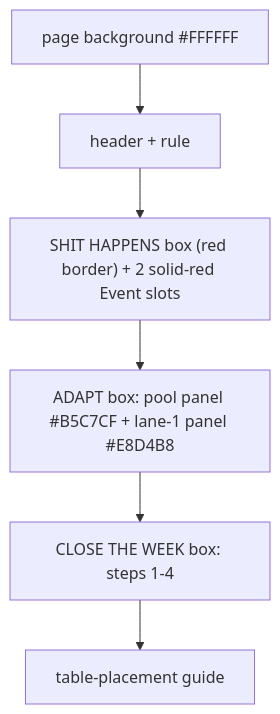
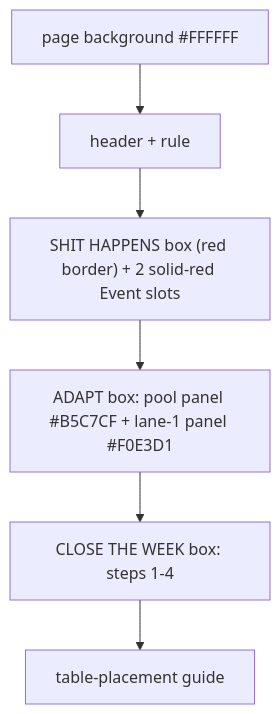
One commit to Hegerstrand/seven-weeks changed the tenth of 11 diagrams in components/specs/boards.md. Above: the diagram before and after it, drawn with Mermaid. The commit also changed other lines of this file and 27 other files, not shown here.

````diff
--- a/components/specs/boards.md
+++ b/components/specs/boards.md
@@ -766,8 +773,8 @@
 ```mermaid
 graph TD
   A["page background #FFFFFF"] --> B["header + rule"]
   B --> C["SHIT HAPPENS box (red border) + 2 solid-red Event slots"]
-  C --> D["ADAPT box: pool panel #B5C7CF + lane-1 panel #E8D4B8"]
+  C --> D["ADAPT box: pool panel #B5C7CF + lane-1 panel #F0E3D1"]
   D --> E["CLOSE THE WEEK box: steps 1-4"]
   E --> F["table-placement guide"]
 ```
````
